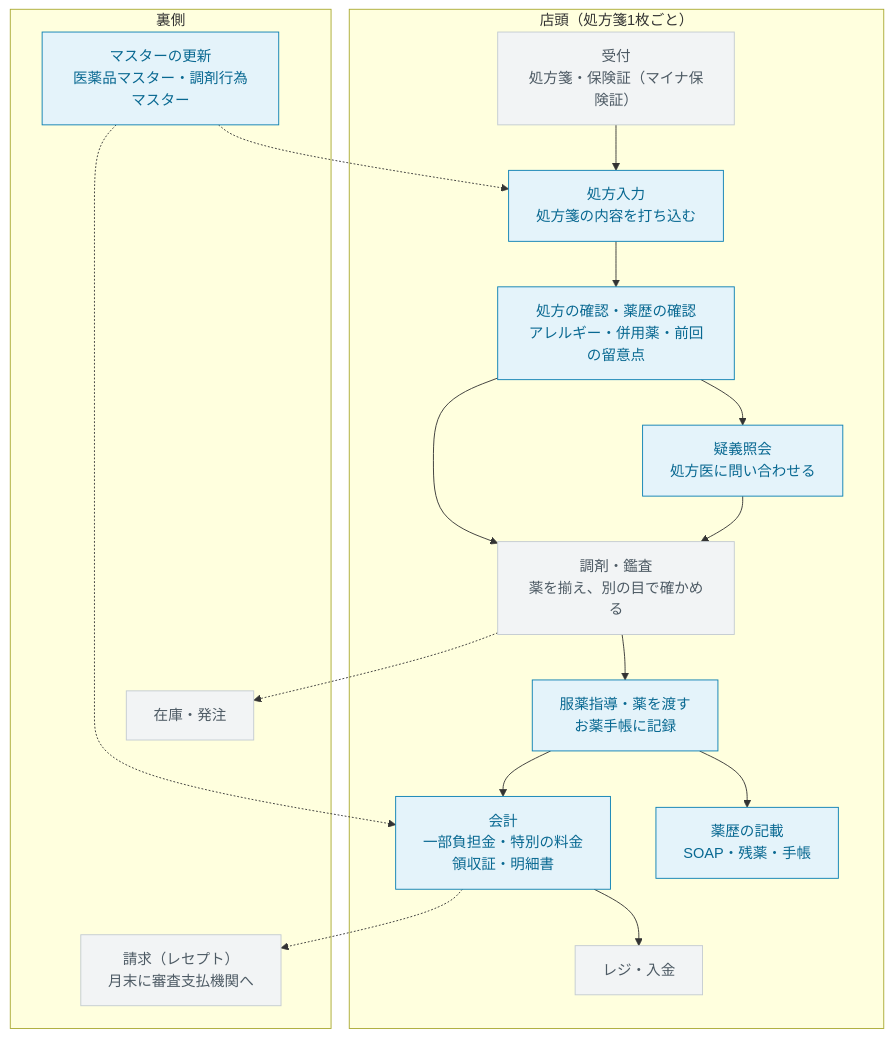
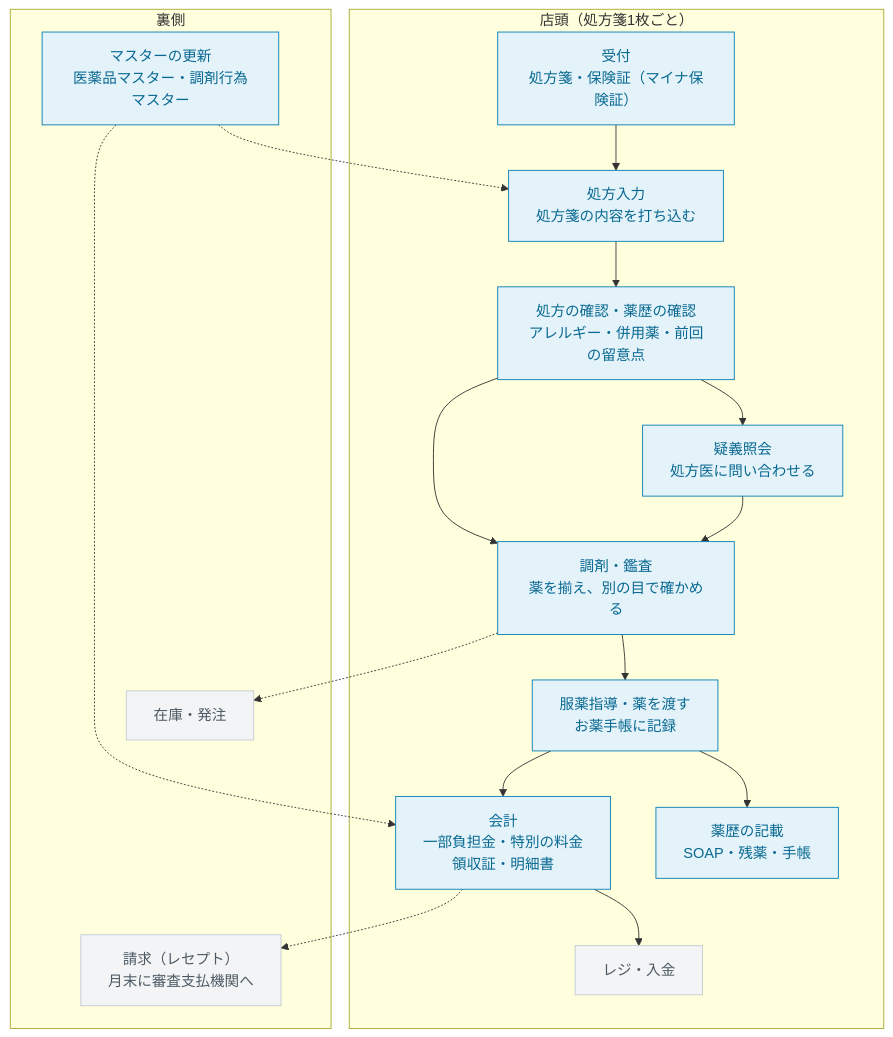
The first of 3 diagrams in README.md (Raion613/pharmacy-app), drawn with Mermaid before and after one commit. The commit also changed other lines of this file and 91 other files, not shown here.

````diff
--- a/README.md
+++ b/README.md
@@ -38,27 +46,27 @@
 ```mermaid
 flowchart TB
   subgraph 店頭["店頭（処方箋1枚ごと）"]
     A["受付<br>処方箋・保険証（マイナ保険証）"] --> B["処方入力<br>処方箋の内容を打ち込む"]
     B --> C["処方の確認・薬歴の確認<br>アレルギー・併用薬・前回の留意点"]
     C --> D["疑義照会<br>処方医に問い合わせる"]
     D --> E["調剤・鑑査<br>薬を揃え、別の目で確かめる"]
     C --> E
     E --> F["服薬指導・薬を渡す<br>お薬手帳に記録"]
     F --> G["薬歴の記載<br>SOAP・残薬・手帳"]
     F --> H["会計<br>一部負担金・特別の料金<br>領収証・明細書"]
     H --> I["レジ・入金"]
   end
   subgraph 裏側["裏側"]
     M["マスターの更新<br>医薬品マスター・調剤行為マスター"] -.-> B
     M -.-> H
     J["請求（レセプト）<br>月末に審査支払機関へ"]
     K["在庫・発注"]
   end
   H -.-> J
   E -.-> K
 
   classDef inapp fill:#e4f3fa,stroke:#0a7fb3,color:#086891;
   classDef outapp fill:#f2f4f5,stroke:#c3cbd1,color:#4d5a64;
-  class B,C,D,F,G,H,M inapp;
-  class A,E,I,J,K outapp;
+  class A,B,C,D,E,F,G,H,M inapp;
+  class I,J,K outapp;
 ```
````
